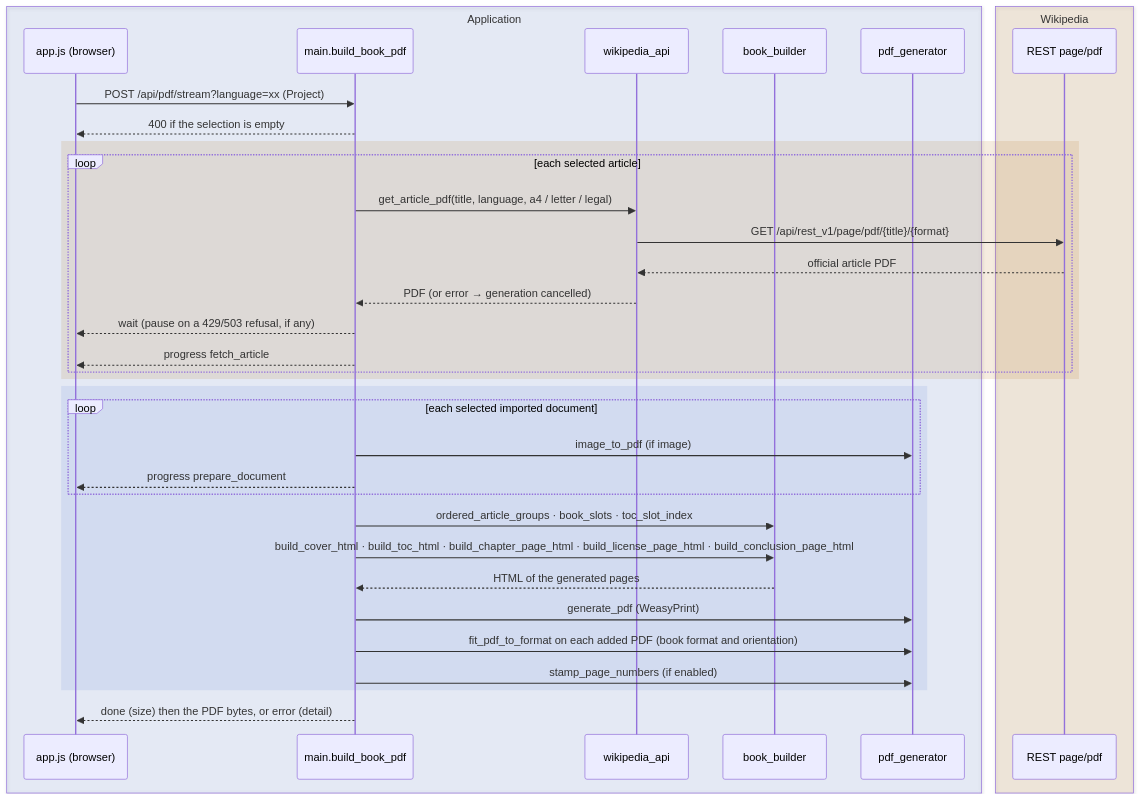
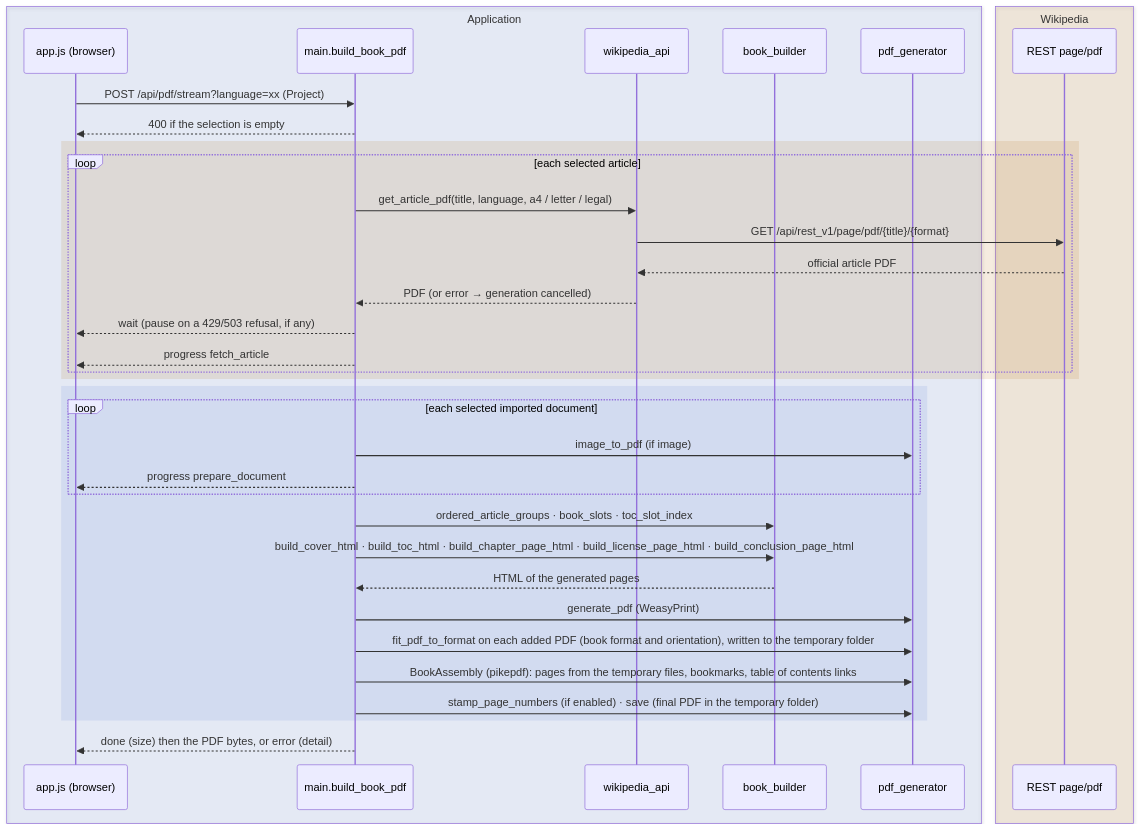
Before and after one commit to gmoulard/wikipedia2book: the second of 2 diagrams in docs/SPECIFICATIONS.en.md, drawn with Mermaid. The commit also changed other lines of this file and 10 other files, not shown here.

````diff
--- a/docs/SPECIFICATIONS.en.md
+++ b/docs/SPECIFICATIONS.en.md
@@ -942,39 +944,40 @@
 ```mermaid
 sequenceDiagram
     box rgba(51,102,204,0.10) Application
         participant U as app.js (browser)
         participant M as main.build_book_pdf
         participant W as wikipedia_api
         participant B as book_builder
         participant P as pdf_generator
     end
     box rgba(172,102,0,0.12) Wikipedia
         participant R as REST page/pdf
     end
 
     U->>M: POST /api/pdf/stream?language=xx (Project)
     M-->>U: 400 if the selection is empty
     rect rgba(172,102,0,0.12)
         loop each selected article
             M->>W: get_article_pdf(title, language, a4 / letter / legal)
             W->>R: GET /api/rest_v1/page/pdf/{title}/{format}
             R-->>W: official article PDF
             W-->>M: PDF (or error → generation cancelled)
             M-->>U: wait (pause on a 429/503 refusal, if any)
             M-->>U: progress fetch_article
         end
     end
     rect rgba(51,102,204,0.10)
         loop each selected imported document
             M->>P: image_to_pdf (if image)
             M-->>U: progress prepare_document
         end
         M->>B: ordered_article_groups · book_slots · toc_slot_index
         M->>B: build_cover_html · build_toc_html · build_chapter_page_html · build_license_page_html · build_conclusion_page_html
         B-->>M: HTML of the generated pages
         M->>P: generate_pdf (WeasyPrint)
-        M->>P: fit_pdf_to_format on each added PDF (book format and orientation)
-        M->>P: stamp_page_numbers (if enabled)
+        M->>P: fit_pdf_to_format on each added PDF (book format and orientation), written to the temporary folder
+        M->>P: BookAssembly (pikepdf): pages from the temporary files, bookmarks, table of contents links
+        M->>P: stamp_page_numbers (if enabled) · save (final PDF in the temporary folder)
     end
     M-->>U: done (size) then the PDF bytes, or error (detail)
 ```
````
